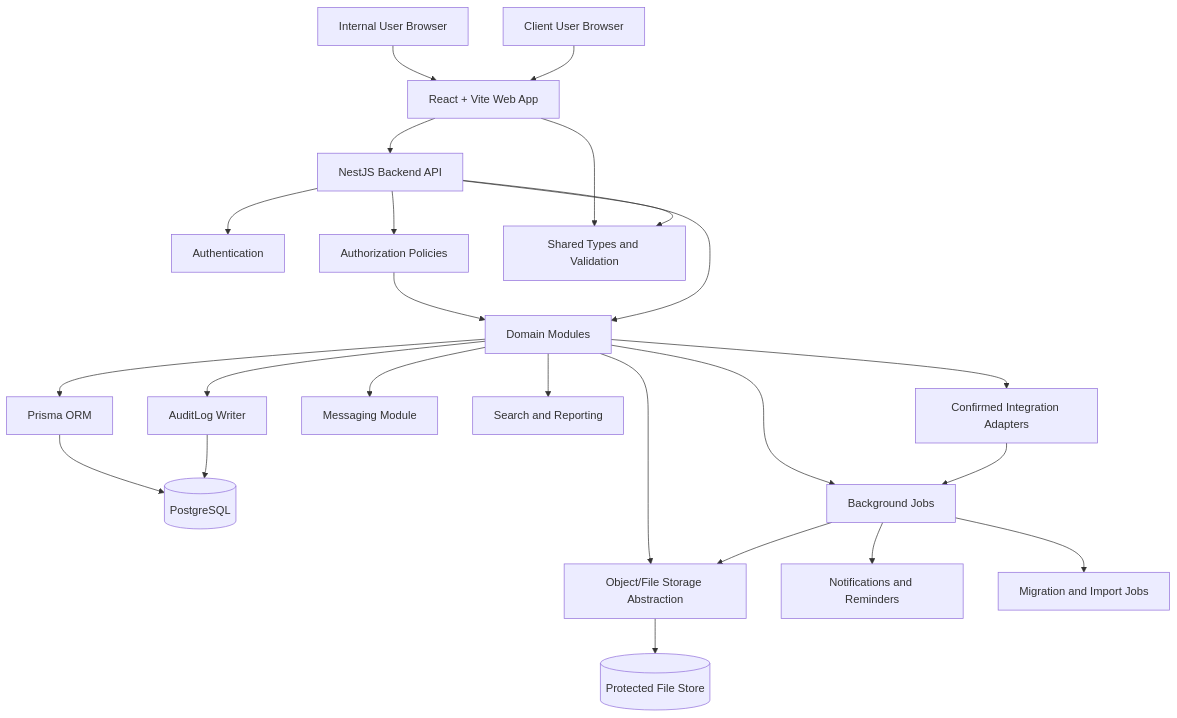
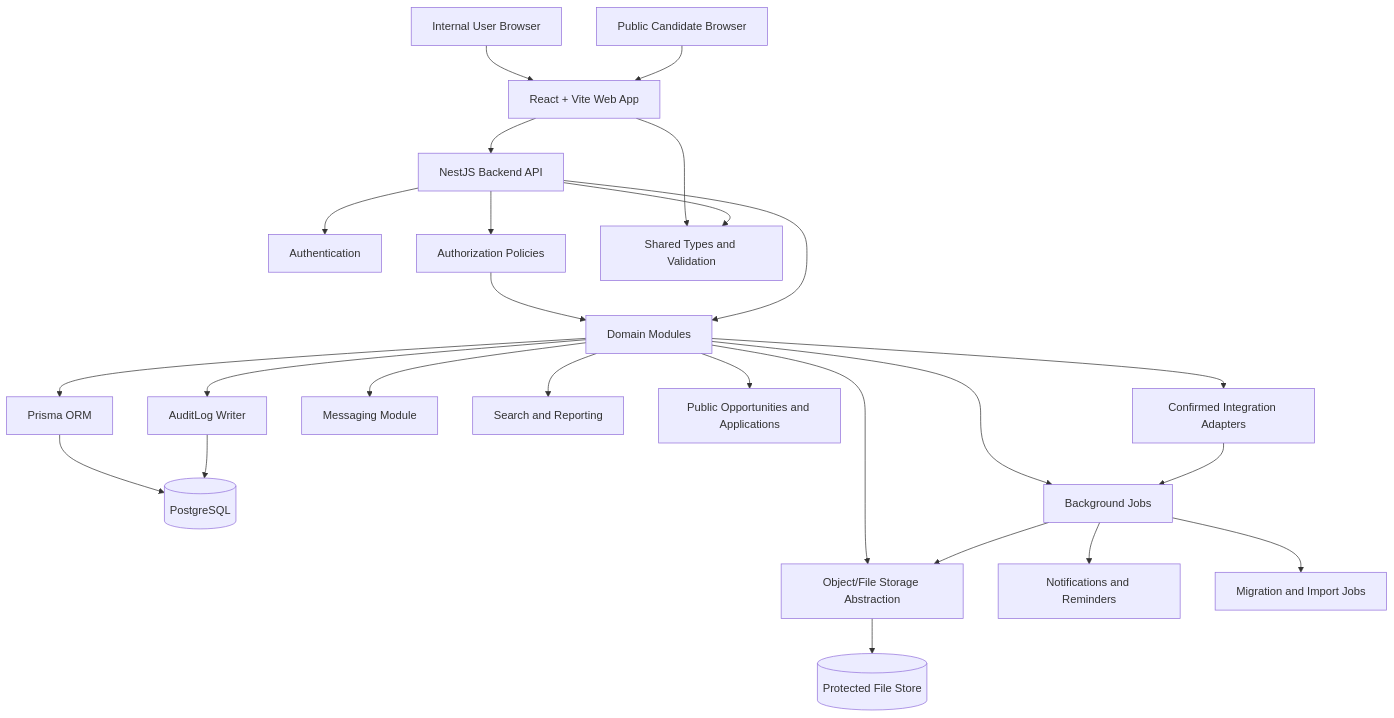
The diagram in docs/architecture.md (cyberdr1ft3r/hire-me-platform), drawn with Mermaid before and after one commit. The commit also changed other lines of this file and 11 other files, not shown here.

````diff
--- a/docs/architecture.md
+++ b/docs/architecture.md
@@ -254,46 +274,48 @@
 ```mermaid
 flowchart TB
     InternalBrowser["Internal User Browser"]
-    ClientBrowser["Client User Browser"]
+    PublicBrowser["Public Candidate Browser"]
     Web["React + Vite Web App"]
     API["NestJS Backend API"]
     Auth["Authentication"]
     Authorization["Authorization Policies"]
     Domain["Domain Modules"]
     Shared["Shared Types and Validation"]
     Prisma["Prisma ORM"]
     Database[("PostgreSQL")]
     Jobs["Background Jobs"]
     Storage["Object/File Storage Abstraction"]
     Files[("Protected File Store")]
     Audit["AuditLog Writer"]
     Notifications["Notifications and Reminders"]
     Messaging["Messaging Module"]
     Reporting["Search and Reporting"]
+    PublicApplications["Public Opportunities and Applications"]
     Imports["Migration and Import Jobs"]
     IntegrationAdapters["Confirmed Integration Adapters"]
 
     InternalBrowser --> Web
-    ClientBrowser --> Web
+    PublicBrowser --> Web
     Web --> API
     Web --> Shared
     API --> Shared
     API --> Auth
     API --> Authorization
     Authorization --> Domain
     API --> Domain
     Domain --> Prisma
     Prisma --> Database
     Domain --> Storage
     Storage --> Files
     Domain --> Audit
     Audit --> Database
     Domain --> Jobs
     Jobs --> Notifications
     Jobs --> Storage
     Domain --> Messaging
     Domain --> Reporting
+    Domain --> PublicApplications
     Jobs --> Imports
     Domain --> IntegrationAdapters
     IntegrationAdapters --> Jobs
 ```
````
